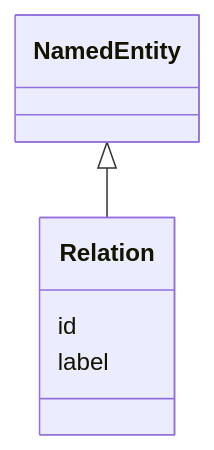
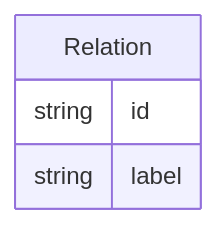
One commit to monarch-initiative/ontogpt changed the diagram in docs/ontology_class/Relation.md. Above: the diagram before and after it, drawn with Mermaid. The commit also changed 187 other files, not shown here.

````diff
--- a/docs/ontology_class/Relation.md
+++ b/docs/ontology_class/Relation.md
@@ -8,9 +8,10 @@
 ```mermaid
- classDiagram
-    class Relation
-      NamedEntity <|-- Relation
-      
-      Relation : id
-      Relation : label
-      
+erDiagram
+Relation {
+    string id  
+    string label  
+}
+
+
+
 ```
````
